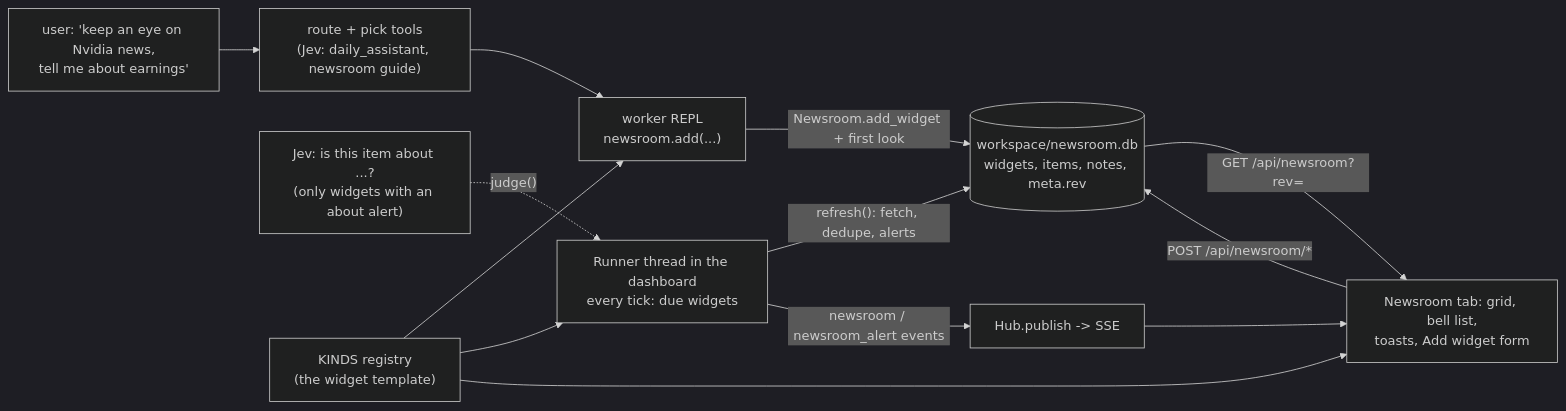
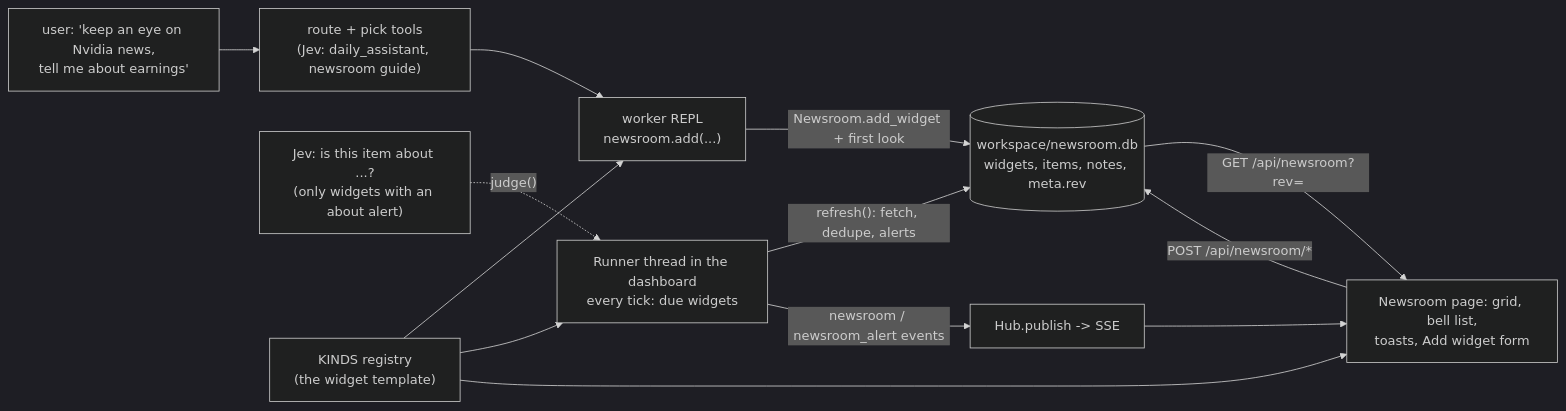
The diagram in docs/architecture/20-newsroom.md (slumpsod/jev-harness), drawn with Mermaid (dark theme) before and after one commit. The commit also changed 27 other files, not shown here.

````diff
--- a/docs/architecture/20-newsroom.md
+++ b/docs/architecture/20-newsroom.md
@@ -16,15 +16,15 @@
 ```mermaid
 flowchart LR
   U["user: 'keep an eye on Nvidia news,<br/>tell me about earnings'"] --> R["route + pick tools<br/>(Jev: daily_assistant, newsroom guide)"]
   R --> W["worker REPL<br/>newsroom.add(...)"]
   W -->|"Newsroom.add_widget + first look"| DB[("workspace/newsroom.db<br/>widgets, items, notes, meta.rev")]
   RUN["Runner thread in the dashboard<br/>every tick: due widgets"] -->|"refresh(): fetch, dedupe, alerts"| DB
   RUN -->|"newsroom / newsroom_alert events"| BUS["Hub.publish -> SSE"]
   JJ["Jev: is this item about ...?<br/>(only widgets with an about alert)"] -.->|"judge()"| RUN
-  DB -->|"GET /api/newsroom?rev="| PAGE["Newsroom tab: grid, bell list,<br/>toasts, Add widget form"]
+  DB -->|"GET /api/newsroom?rev="| PAGE["Newsroom page: grid, bell list,<br/>toasts, Add widget form"]
   BUS --> PAGE
   PAGE -->|"POST /api/newsroom/*"| DB
   K["KINDS registry<br/>(the widget template)"] --> W
   K --> RUN
   K --> PAGE
 ```
````
